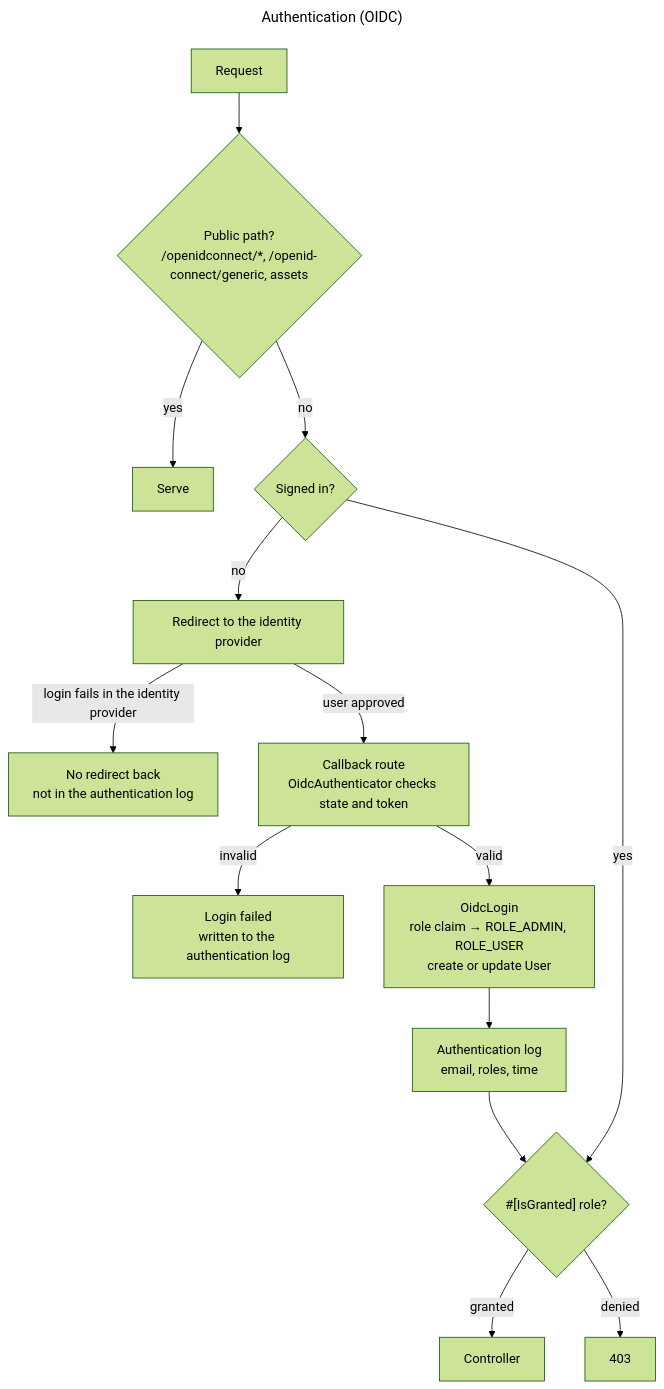
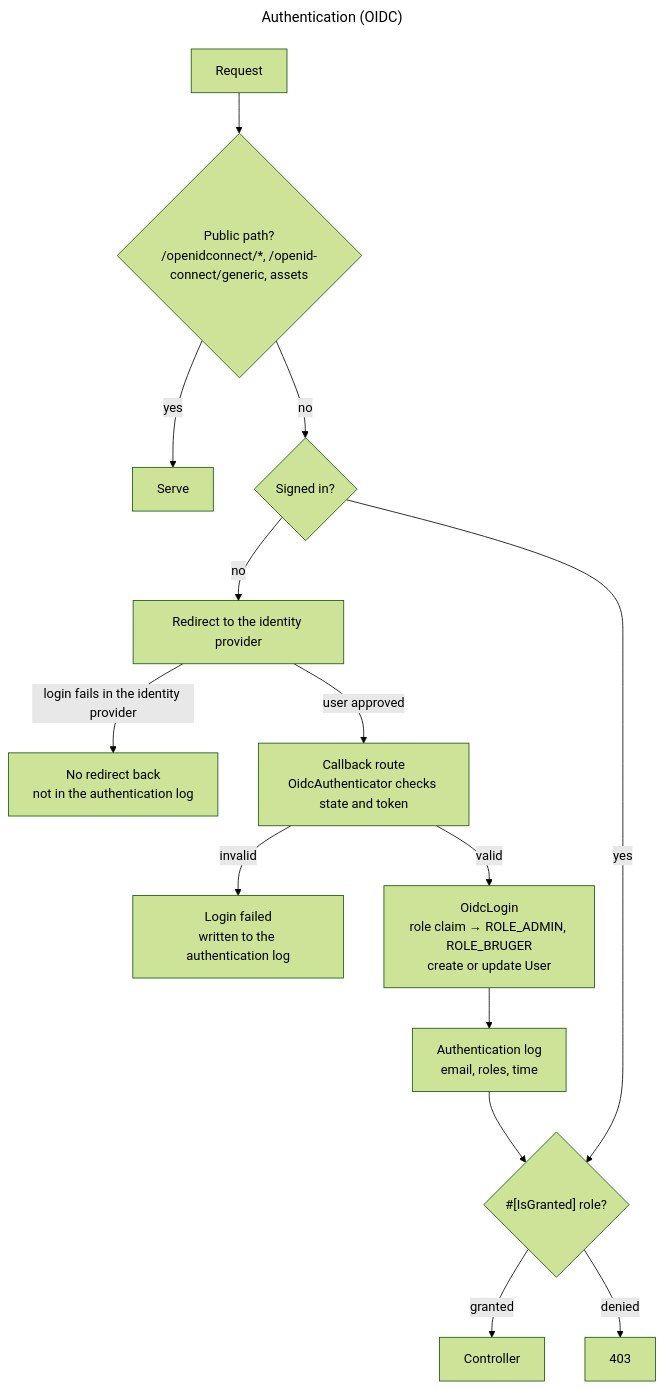
One commit to itk-dev/koerselsoverblik changed the seventh of 7 diagrams in docs/architecture.md. Above: the diagram before and after it, drawn with Mermaid (forest theme). The commit also changed other lines of this file and 2 other files, not shown here.

````diff
--- a/docs/architecture.md
+++ b/docs/architecture.md
@@ -1174,21 +1178,21 @@
 ```mermaid
 ---
 title: Authentication (OIDC)
 ---
 flowchart TD
     request["Request"] --> public{"Public path?<br/>/openidconnect/*, /openid-connect/generic, assets"}
     public -- yes --> serve["Serve"]
     public -- no --> session{"Signed in?"}
 
     session -- no --> idp["Redirect to the identity provider"]
     idp -- "login fails in the identity provider" --> idpfail["No redirect back<br/>not in the authentication log"]
     idp -- "user approved" --> callback["Callback route<br/>OidcAuthenticator checks state and token"]
     callback -- invalid --> fail["Login failed<br/>written to the authentication log"]
-    callback -- valid --> user["OidcLogin<br/>role claim → ROLE_ADMIN, ROLE_USER<br/>create or update User"]
+    callback -- valid --> user["OidcLogin<br/>role claim → ROLE_ADMIN, ROLE_BRUGER<br/>create or update User"]
     user --> log["Authentication log<br/>email, roles, time"]
     log --> guard
 
     session -- yes --> guard{"#[IsGranted] role?"}
     guard -- granted --> controller["Controller"]
     guard -- denied --> forbidden["403"]
 ```
````
